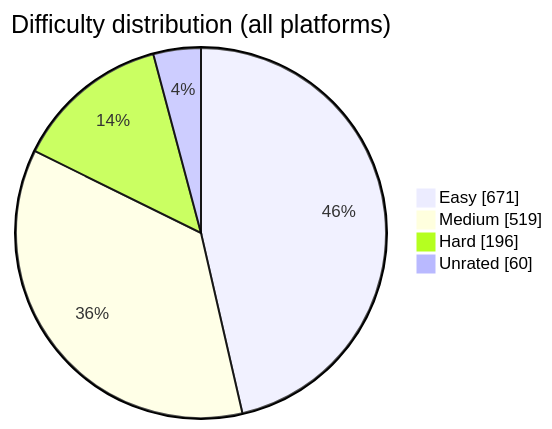
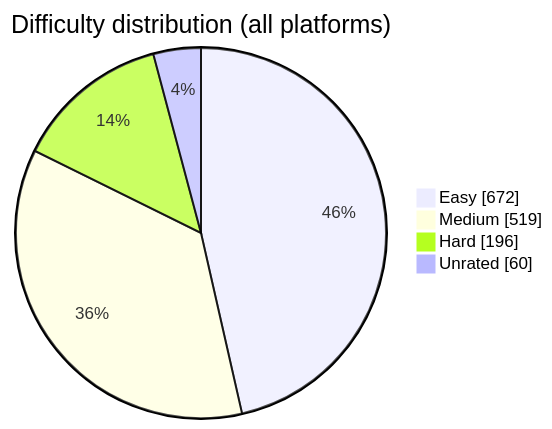
One commit to BuildbyArindam/Daily-Coding-Log changed the diagram in README.md. Above: the diagram before and after it, drawn with Mermaid. The commit also changed other lines of this file, not shown here.

````diff
--- a/README.md
+++ b/README.md
@@ -93,7 +93,7 @@
 ```mermaid
 pie showData title Difficulty distribution (all platforms)
-    "Easy" : 671
+    "Easy" : 672
     "Medium" : 519
     "Hard" : 196
     "Unrated" : 60
 ```
````
